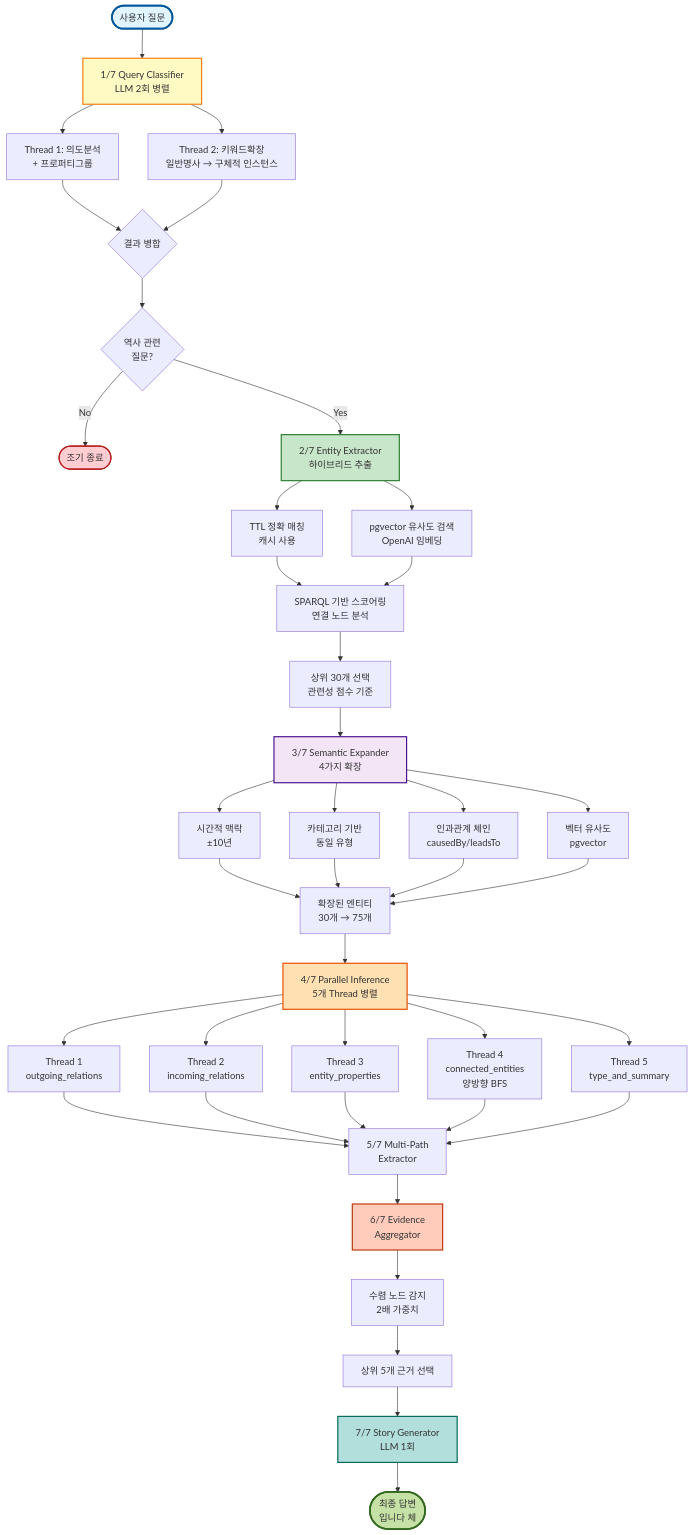
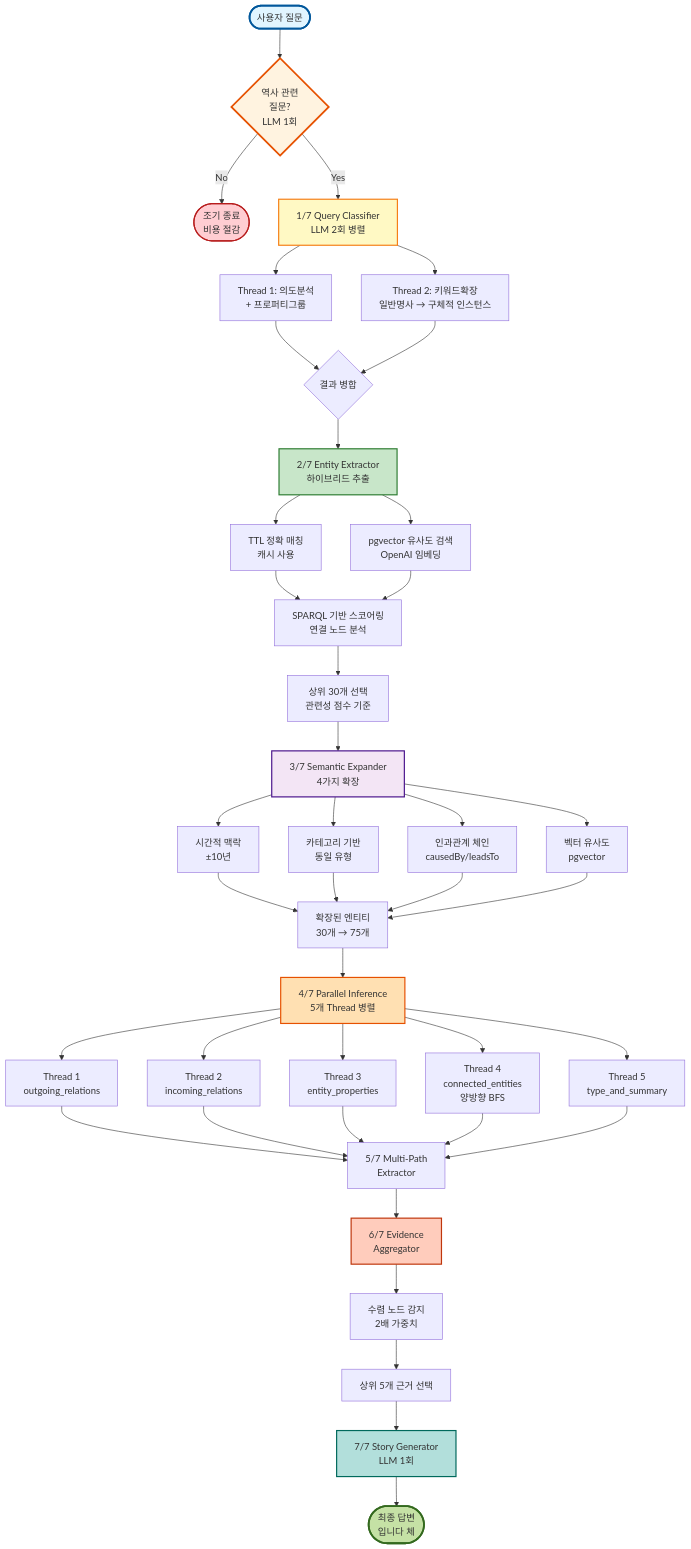
One commit to SKNETWORKS-FAMILY-AICAMP/SKN18-FINAL-3TEAM changed the first of 5 diagrams in backend/ontology_langgraph_structure/docs/README.md. Above: the diagram before and after it, drawn with Mermaid. The commit also changed other lines of this file and 19 other files, not shown here.

````diff
--- a/backend/ontology_langgraph_structure/docs/README.md
+++ b/backend/ontology_langgraph_structure/docs/README.md
@@ -5,67 +5,69 @@
 ```mermaid
 graph TD
-    Start([사용자 질문]) --> Classifier[1/7 Query Classifier<br/>LLM 2회 병렬]
+    Start([사용자 질문]) --> HistCheck{역사 관련<br/>질문?<br/>LLM 1회}
+
+    HistCheck -->|No| Exit([조기 종료<br/>비용 절감])
+    HistCheck -->|Yes| Classifier[1/7 Query Classifier<br/>LLM 2회 병렬]
 
     Classifier --> Thread1[Thread 1: 의도분석<br/>+ 프로퍼티그룹]
     Classifier --> Thread2[Thread 2: 키워드확장<br/>일반명사 → 구체적 인스턴스]
 
     Thread1 --> Merge1{결과 병합}
     Thread2 --> Merge1
 
-    Merge1 --> HistCheck{역사 관련<br/>질문?}
-    HistCheck -->|No| Exit([조기 종료])
-    HistCheck -->|Yes| Extractor[2/7 Entity Extractor<br/>하이브리드 추출]
+    Merge1 --> Extractor[2/7 Entity Extractor<br/>하이브리드 추출]
 
     Extractor --> TTL[TTL 정확 매칭<br/>캐시 사용]
     Extractor --> PGVector[pgvector 유사도 검색<br/>OpenAI 임베딩]
 
     TTL --> Scoring[SPARQL 기반 스코어링<br/>연결 노드 분석]
     PGVector --> Scoring
 
     Scoring --> Top30[상위 30개 선택<br/>관련성 점수 기준]
 
     Top30 --> Expander[3/7 Semantic Expander<br/>4가지 확장]
 
     Expander --> Temporal[시간적 맥락<br/>±10년]
     Expander --> Category[카테고리 기반<br/>동일 유형]
     Expander --> Causal[인과관계 체인<br/>causedBy/leadsTo]
     Expander --> Vector[벡터 유사도<br/>pgvector]
 
     Temporal --> Expanded[확장된 엔티티<br/>30개 → 75개]
     Category --> Expanded
     Causal --> Expanded
     Vector --> Expanded
 
     Expanded --> Parallel[4/7 Parallel Inference<br/>5개 Thread 병렬]
 
     Parallel --> T1[Thread 1<br/>outgoing_relations]
     Parallel --> T2[Thread 2<br/>incoming_relations]
     Parallel --> T3[Thread 3<br/>entity_properties]
     Parallel --> T4[Thread 4<br/>connected_entities<br/>양방향 BFS]
     Parallel --> T5[Thread 5<br/>type_and_summary]
 
     T1 --> Merge2[5/7 Multi-Path<br/>Extractor]
     T2 --> Merge2
     T3 --> Merge2
     T4 --> Merge2
     T5 --> Merge2
 
     Merge2 --> Aggregator[6/7 Evidence<br/>Aggregator]
 
     Aggregator --> Convergence[수렴 노드 감지<br/>2배 가중치]
     Convergence --> Top5[상위 5개 근거 선택]
 
     Top5 --> Generator[7/7 Story Generator<br/>LLM 1회]
 
     Generator --> Answer([최종 답변<br/>입니다 체])
 
     style Start fill:#e1f5ff,stroke:#01579b,stroke-width:3px
+    style HistCheck fill:#fff3e0,stroke:#e65100,stroke-width:3px
     style Classifier fill:#fff9c4,stroke:#f57f17,stroke-width:2px
     style Extractor fill:#c8e6c9,stroke:#2e7d32,stroke-width:2px
     style Expander fill:#f3e5f5,stroke:#4a148c,stroke-width:2px
     style Parallel fill:#ffe0b2,stroke:#e65100,stroke-width:2px
     style Aggregator fill:#ffccbc,stroke:#bf360c,stroke-width:2px
     style Generator fill:#b2dfdb,stroke:#00695c,stroke-width:2px
     style Answer fill:#c5e1a5,stroke:#33691e,stroke-width:3px
     style Exit fill:#ffcdd2,stroke:#b71c1c,stroke-width:2px
 ```
````
